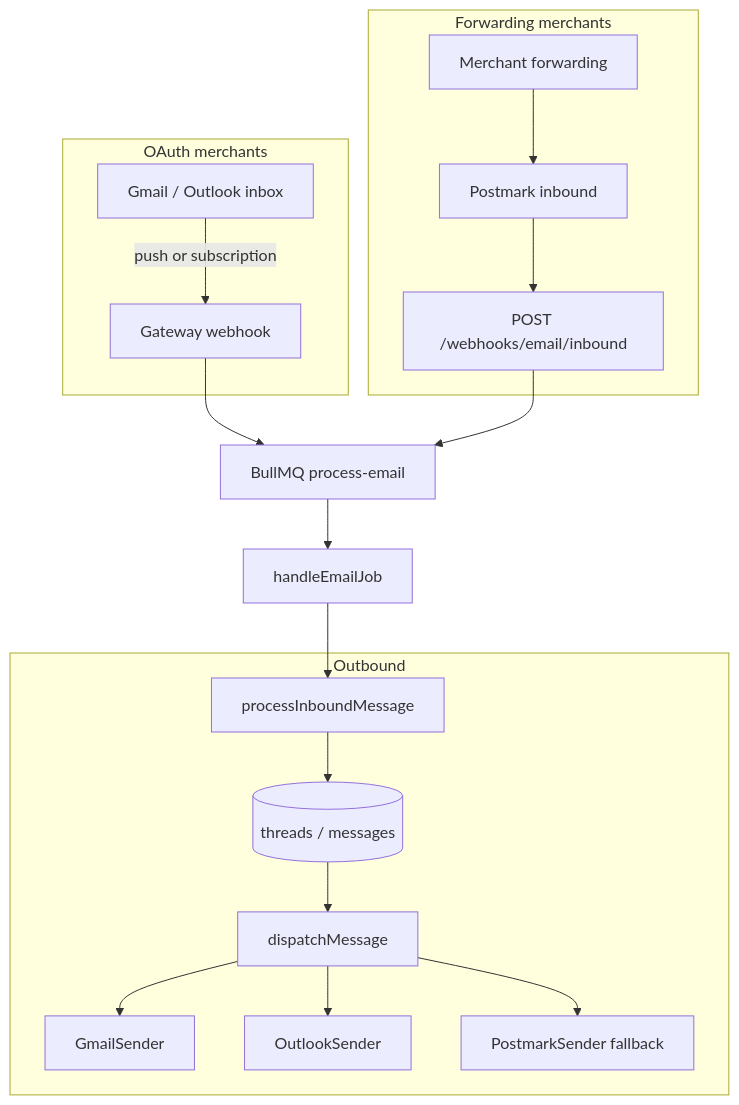
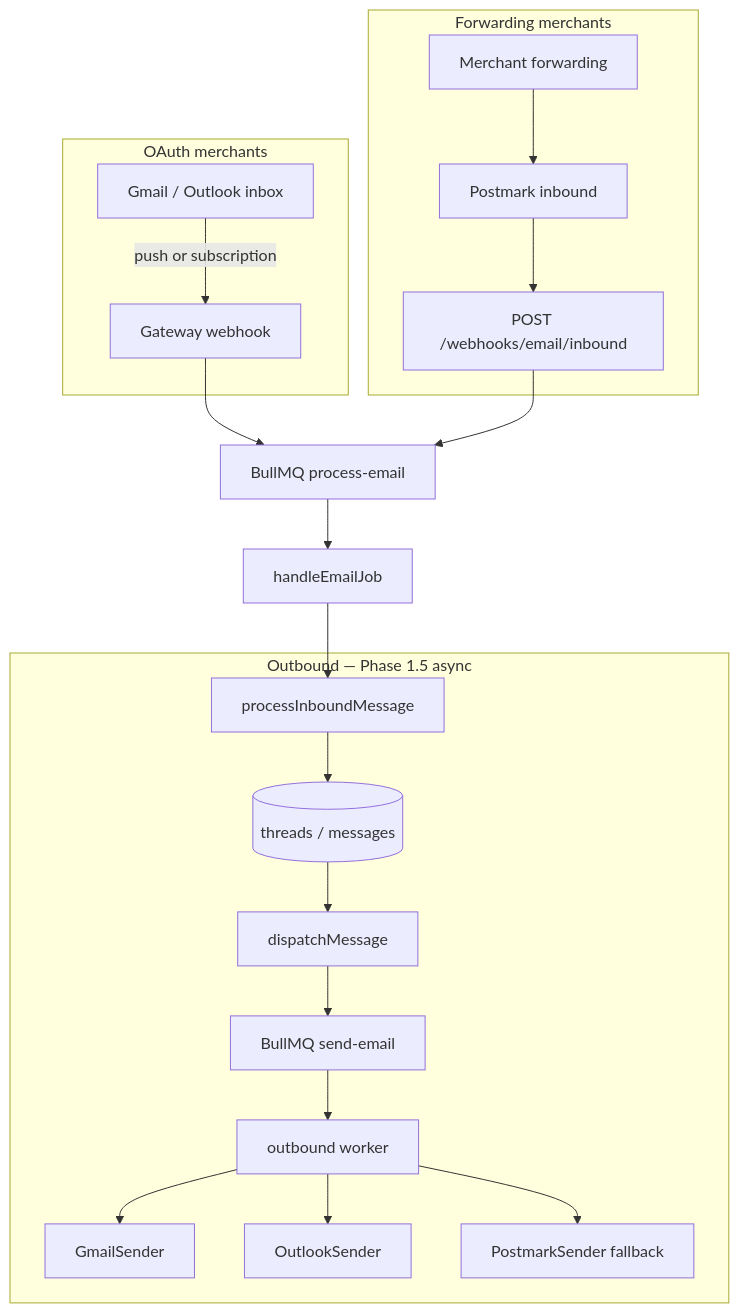
One commit to walledog11/shopkeeper changed the diagram in docs/email-integration-plan.md. Above: the diagram before and after it, drawn with Mermaid. The commit also changed other lines of this file and 15 other files, not shown here.

````diff
--- a/docs/email-integration-plan.md
+++ b/docs/email-integration-plan.md
@@ -73,25 +79,27 @@
 ```mermaid
 flowchart TB
   subgraph oauth [OAuth merchants]
     GW[Gmail / Outlook inbox]
     GW -->|push or subscription| WH[Gateway webhook]
   end
 
   subgraph fallback [Forwarding merchants]
     FWD[Merchant forwarding] --> PM[Postmark inbound]
     PM --> WH2[POST /webhooks/email/inbound]
   end
 
   WH --> Q[BullMQ process-email]
   WH2 --> Q
   Q --> H[handleEmailJob]
   H --> P[processInboundMessage]
 
-  subgraph outbound [Outbound]
+  subgraph outbound [Outbound — Phase 1.5 async]
     P --> DB[(threads / messages)]
     DB --> D[dispatchMessage]
-    D --> GS[GmailSender]
-    D --> OS[OutlookSender]
-    D --> PS[PostmarkSender fallback]
+    D --> OQ[BullMQ send-email]
+    OQ --> W[outbound worker]
+    W --> GS[GmailSender]
+    W --> OS[OutlookSender]
+    W --> PS[PostmarkSender fallback]
   end
 ```
````
